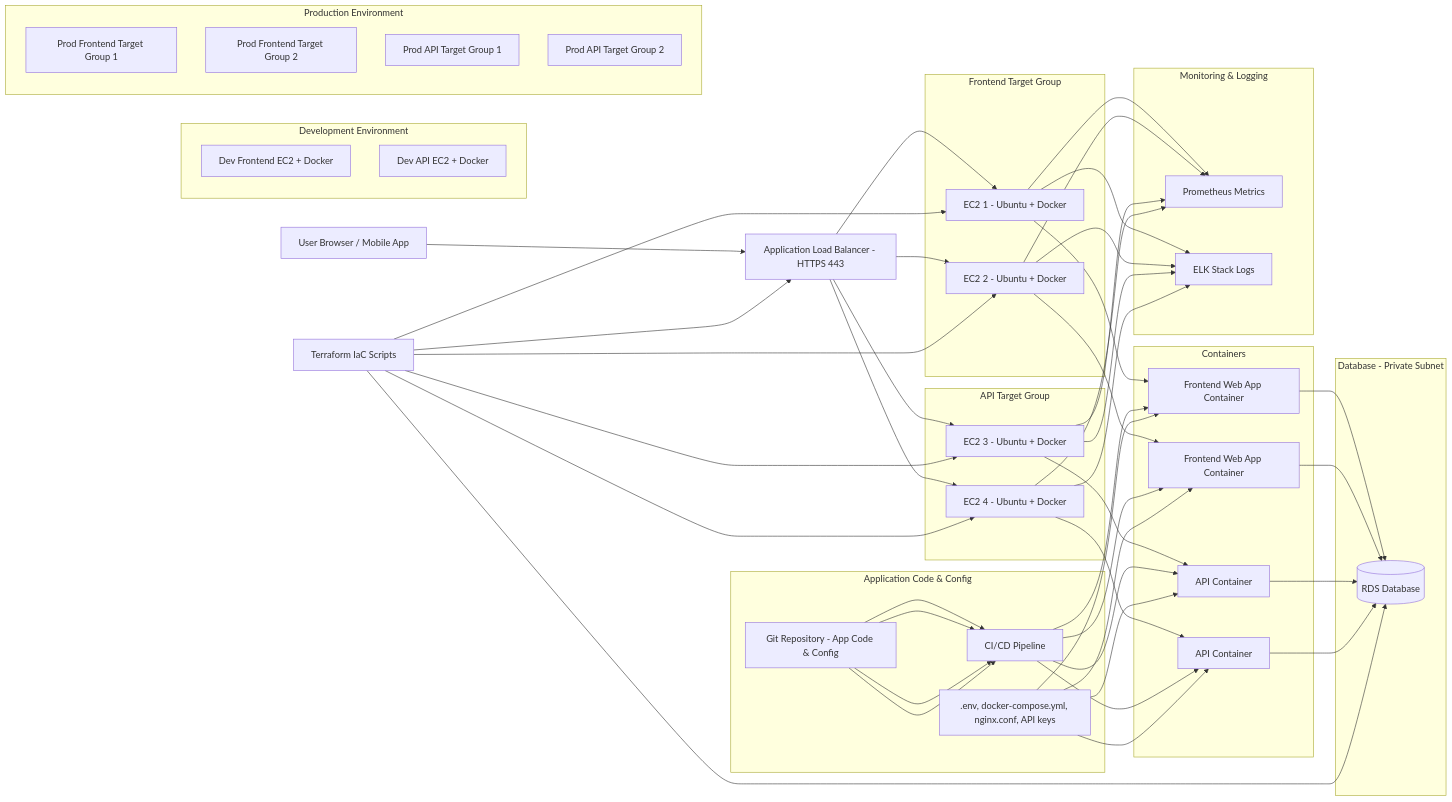
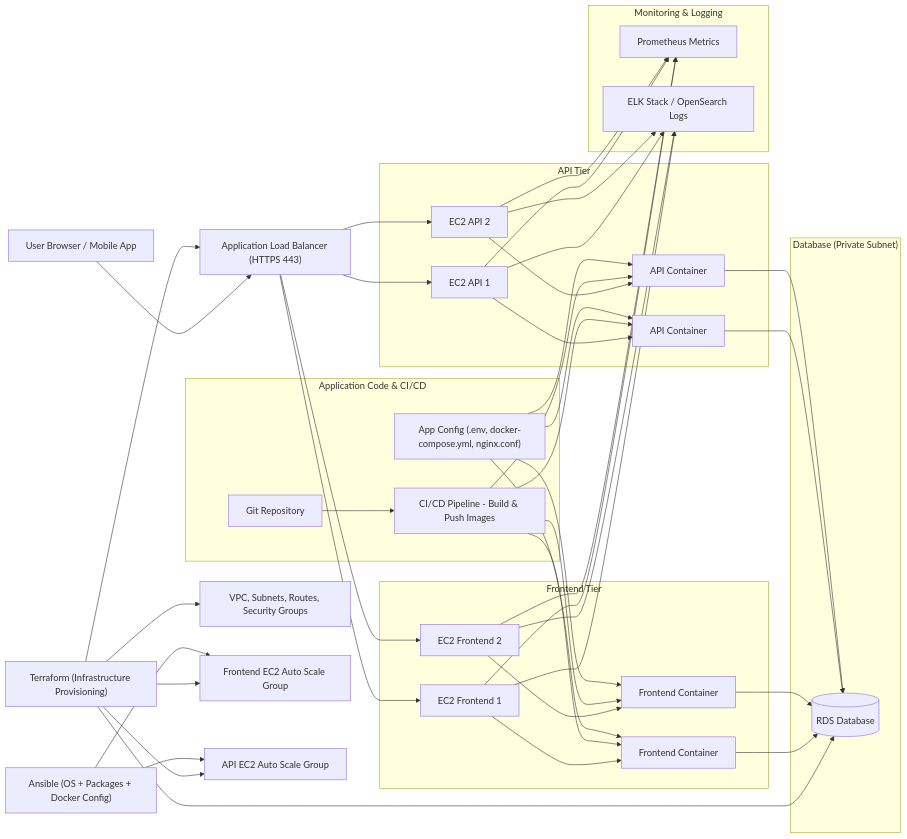
The diagram in README.md (uploadtigris/project_CloudChef), drawn with Mermaid before and after one commit.

````diff
--- a/README.md
+++ b/README.md
@@ -41,40 +40,67 @@
 ```mermaid
 graph LR
-    %% Client
-    Client[User Browser / Mobile App] --> ALB["Application Load Balancer - HTTPS 443"]
 
-    %% Target Groups
-    subgraph "Frontend Target Group"
-        FTG1[EC2 1 - Ubuntu + Docker]
-        FTG2[EC2 2 - Ubuntu + Docker]
-    end
+    %% ─────────────────────────────────────
+    %% Client Layer
+    %% ─────────────────────────────────────
+    Client[User Browser / Mobile App] --> ALB["Application Load Balancer (HTTPS 443)"]
 
-    subgraph "API Target Group"
-        APITG1[EC2 3 - Ubuntu + Docker]
-        APITG2[EC2 4 - Ubuntu + Docker]
+    %% ─────────────────────────────────────
+    %% Terraform Layer (Infra Provisioning)
+    %% ─────────────────────────────────────
+    Terraform["Terraform (Infrastructure Provisioning)"]
+
+    Terraform --> ALB
+    Terraform --> VPC[VPC, Subnets, Routes, Security Groups]
+    Terraform --> RDS[(RDS Database)]
+    Terraform --> FTG["Frontend EC2 Auto Scale Group"]
+    Terraform --> APITG["API EC2 Auto Scale Group"]
+
+    %% ─────────────────────────────────────
+    %% Ansible Layer (Host Configuration)
+    %% ─────────────────────────────────────
+    Ansible["Ansible (OS + Packages + Docker Config)"]
+
+    Ansible --> FTG
+    Ansible --> APITG
+
+    %% ─────────────────────────────────────
+    %% Frontend Tier
+    %% ─────────────────────────────────────
+    subgraph "Frontend Tier"
+        FTG1[EC2 Frontend 1]
+        FTG2[EC2 Frontend 2]
+        Web1[Frontend Container]
+        Web2[Frontend Container]
     end
 
     ALB --> FTG1
     ALB --> FTG2
-    ALB --> APITG1
-    ALB --> APITG2
 
-    %% Containers
-    subgraph "Containers"
-        Web1[Frontend Web App Container]
-        Web2[Frontend Web App Container]
+    FTG1 --> Web1
+    FTG2 --> Web2
+
+    %% ─────────────────────────────────────
+    %% API Tier
+    %% ─────────────────────────────────────
+    subgraph "API Tier"
+        APITG1[EC2 API 1]
+        APITG2[EC2 API 2]
         API1[API Container]
         API2[API Container]
     end
 
-    FTG1 --> Web1
-    FTG2 --> Web2
+    ALB --> APITG1
+    ALB --> APITG2
+
     APITG1 --> API1
     APITG2 --> API2
 
-    %% Database
-    subgraph "Database - Private Subnet"
-        RDS[(RDS Database)]
+    %% ─────────────────────────────────────
+    %% Database Tier
+    %% ─────────────────────────────────────
+    subgraph "Database (Private Subnet)"
+        RDS
     end
 
     Web1 --> RDS
@@ -82,56 +108,41 @@
     API1 --> RDS
     API2 --> RDS
 
-    %% Terraform Node (No grey box)
-    Terraform["Terraform IaC Scripts"]
-    Terraform --> FTG1
-    Terraform --> FTG2
-    Terraform --> APITG1
-    Terraform --> APITG2
-    Terraform --> ALB
-    Terraform --> RDS
-
-    %% Application Code / Config
-    subgraph "Application Code & Config"
-        Git[Git Repository - App Code & Config]
-        Pipeline[CI/CD Pipeline]
-        AppConfig[".env, docker-compose.yml, nginx.conf, API keys"]
+    %% ─────────────────────────────────────
+    %% CICD Layer (App Build & Deployment)
+    %% ─────────────────────────────────────
+    subgraph "Application Code & CI/CD"
+        Git[Git Repository]
+        Pipeline[CI/CD Pipeline - Build & Push Images]
+        AppConfig["App Config (.env, docker-compose.yml, nginx.conf)"]
     end
 
-    Git --> Pipeline --> Web1
-    Git --> Pipeline --> Web2
-    Git --> Pipeline --> API1
-    Git --> Pipeline --> API2
+    Git --> Pipeline
+    Pipeline --> Web1
+    Pipeline --> Web2
+    Pipeline --> API1
+    Pipeline --> API2
+
     AppConfig --> Web1
     AppConfig --> Web2
     AppConfig --> API1
     AppConfig --> API2
 
-    %% Monitoring & Logging
+    %% ─────────────────────────────────────
+    %% Monitoring Layer
+    %% ─────────────────────────────────────
     subgraph "Monitoring & Logging"
         Prometheus[Prometheus Metrics]
-        ELK[ELK Stack Logs]
+        ELK[ELK Stack / OpenSearch Logs]
     end
 
     FTG1 --> Prometheus
     FTG2 --> Prometheus
     APITG1 --> Prometheus
     APITG2 --> Prometheus
+
     FTG1 --> ELK
     FTG2 --> ELK
     APITG1 --> ELK
     APITG2 --> ELK
-
-    %% Environments
-    subgraph "Development Environment"
-        DevFTG1[Dev Frontend EC2 + Docker]
-        DevAPITG1[Dev API EC2 + Docker]
-    end
-
-    subgraph "Production Environment"
-        ProdFTG1["Prod Frontend Target Group 1"]
-        ProdFTG2["Prod Frontend Target Group 2"]
-        ProdAPITG1["Prod API Target Group 1"]
-        ProdAPITG2["Prod API Target Group 2"]
-    end
 ```
````
